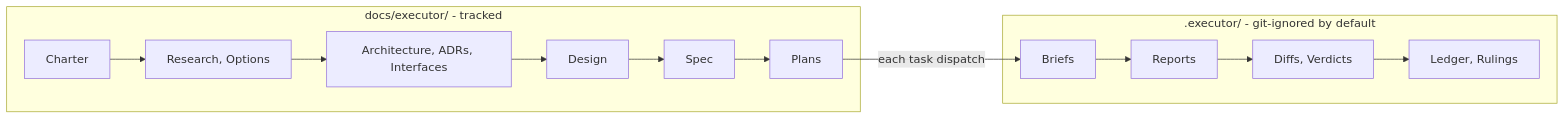
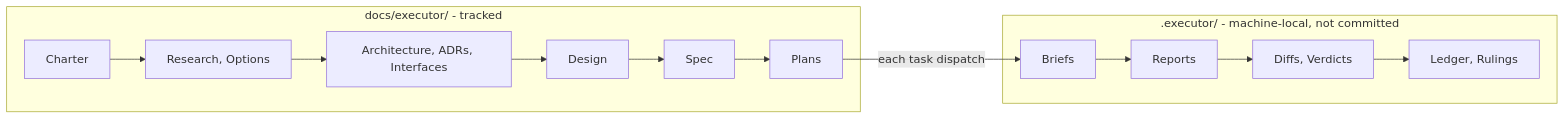
Before and after one commit to Atri10/executor: the first of 2 diagrams in skills/executor/SKILL.md, drawn with Mermaid. The commit also changed other lines of this file and 59 other files, not shown here.

````diff
--- a/skills/executor/SKILL.md
+++ b/skills/executor/SKILL.md
@@ -305,20 +309,20 @@
 ```mermaid
 flowchart LR
     subgraph THINK["docs/executor/ - tracked"]
         C["Charter"] --> R["Research, Options"]
         R --> A["Architecture, ADRs, Interfaces"]
         A --> D["Design"]
         D --> S["Spec"]
         S --> P["Plans"]
     end
-    subgraph EXEC[".executor/ - git-ignored by default"]
+    subgraph EXEC[".executor/ - machine-local, not committed"]
         L["Ledger, Rulings"]
         B["Briefs"]
         RP["Reports"]
         V["Diffs, Verdicts"]
     end
     P -->|"each task dispatch"| B
     B --> RP
     RP --> V
     V --> L
 ```
````
